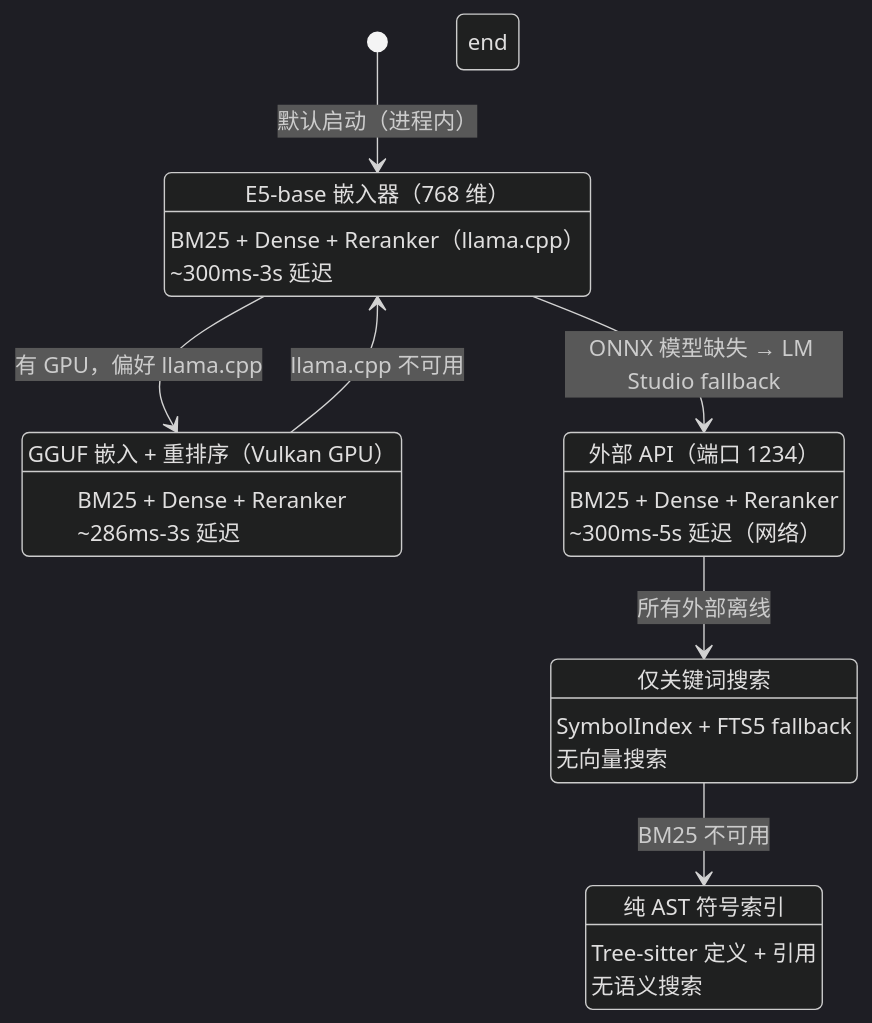
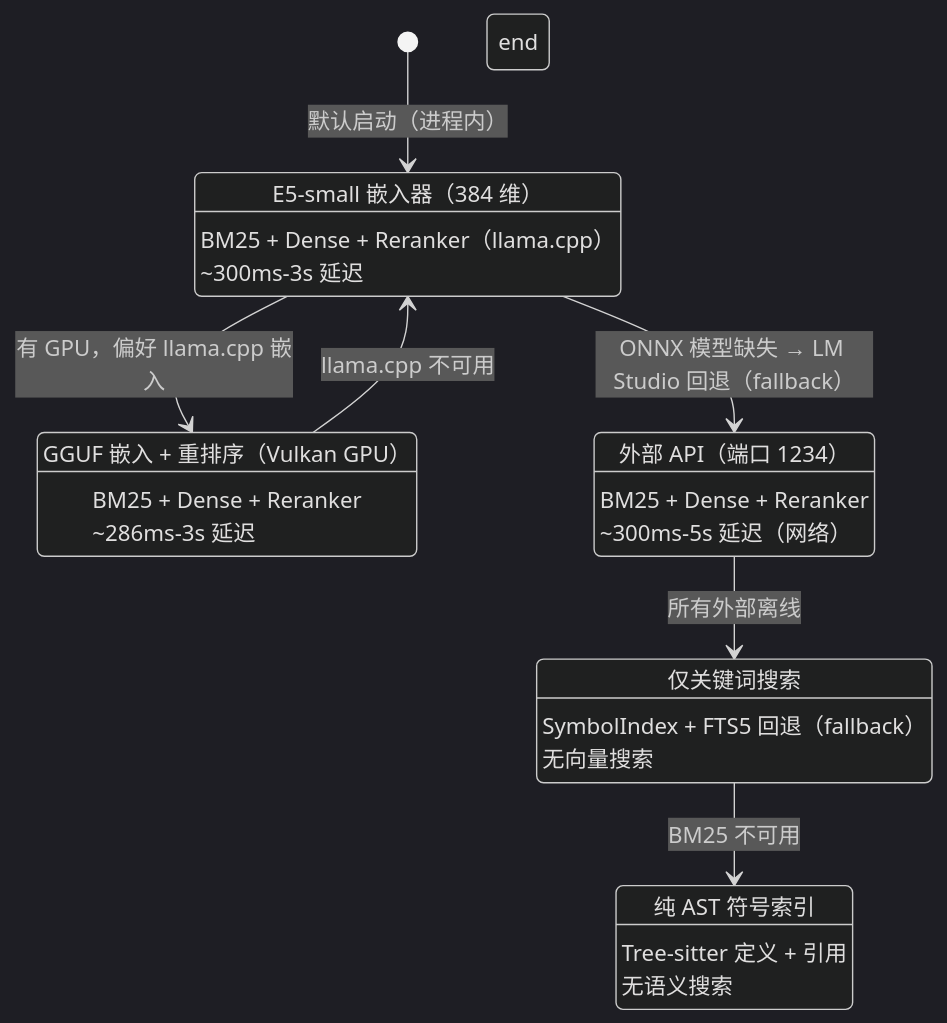
Before and after one commit to ManSio/mscodebase-intelligence: the first of 4 diagrams in docs/zh/GRACEFUL_DEGRADATION.md, drawn with Mermaid (dark theme). The commit also changed other lines of this file and 50 other files, not shown here.

````diff
--- a/docs/zh/GRACEFUL_DEGRADATION.md
+++ b/docs/zh/GRACEFUL_DEGRADATION.md
@@ -16,43 +16,43 @@
 ```mermaid
 stateDiagram-v2
     [*] --> L1_ONNX: 默认启动（进程内）
 
     state L1_ONNX[级别 1: ONNX/OpenVINO INT8（进程内）]
-        L1_ONNX: E5-base 嵌入器（768 维）
+        L1_ONNX: E5-small 嵌入器（384 维）
         L1_ONNX: BM25 + Dense + Reranker（llama.cpp）
         L1_ONNX: ~300ms-3s 延迟
     end
 
-    L1_ONNX --> L2_GGUF: 有 GPU，偏好 llama.cpp
-    L1_ONNX --> L3_LM: ONNX 模型缺失 → LM Studio fallback
+    L1_ONNX --> L2_GGUF: 有 GPU，偏好 llama.cpp 嵌入
+    L1_ONNX --> L3_LM: ONNX 模型缺失 → LM Studio 回退（fallback）
 
     state L2_GGUF[级别 2: llama.cpp GGUF（GPU）]
         L2_GGUF: GGUF 嵌入 + 重排序（Vulkan GPU）
         L2_GGUF: BM25 + Dense + Reranker
         L2_GGUF: ~286ms-3s 延迟
     end
 
     L2_GGUF --> L1_ONNX: llama.cpp 不可用
 
     state L3_LM[级别 3: LM Studio（远程，可选）]
         L3_LM: 外部 API（端口 1234）
         L3_LM: BM25 + Dense + Reranker
         L3_LM: ~300ms-5s 延迟（网络）
     end
 
     L3_LM --> L4_BM25: 所有外部离线
 
     state L4_BM25[级别 4: 仅 BM25]
         L4_BM25: 仅关键词搜索
-        L4_BM25: SymbolIndex + FTS5 fallback
+        L4_BM25: SymbolIndex + FTS5 回退（fallback）
         L4_BM25: 无向量搜索
     end
 
     L4_BM25 --> L5_SYMBOL: BM25 不可用
 
     state L5_SYMBOL[级别 5: 仅 SymbolIndex]
         L5_SYMBOL: 纯 AST 符号索引
         L5_SYMBOL: Tree-sitter 定义 + 引用
         L5_SYMBOL: 无语义搜索
     end
 ```
````
